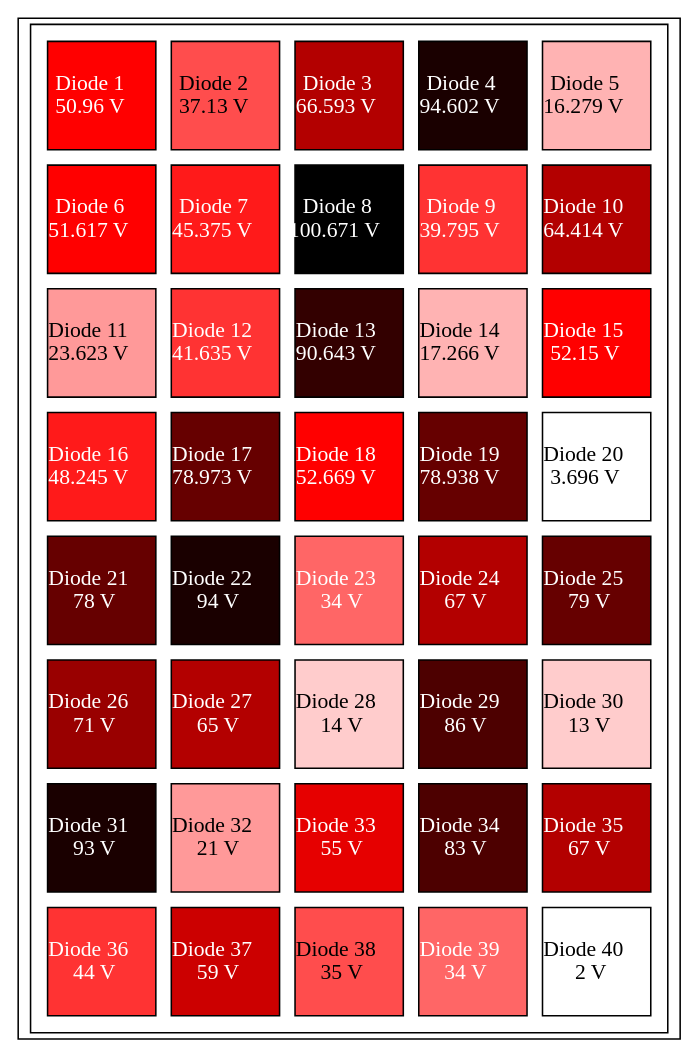
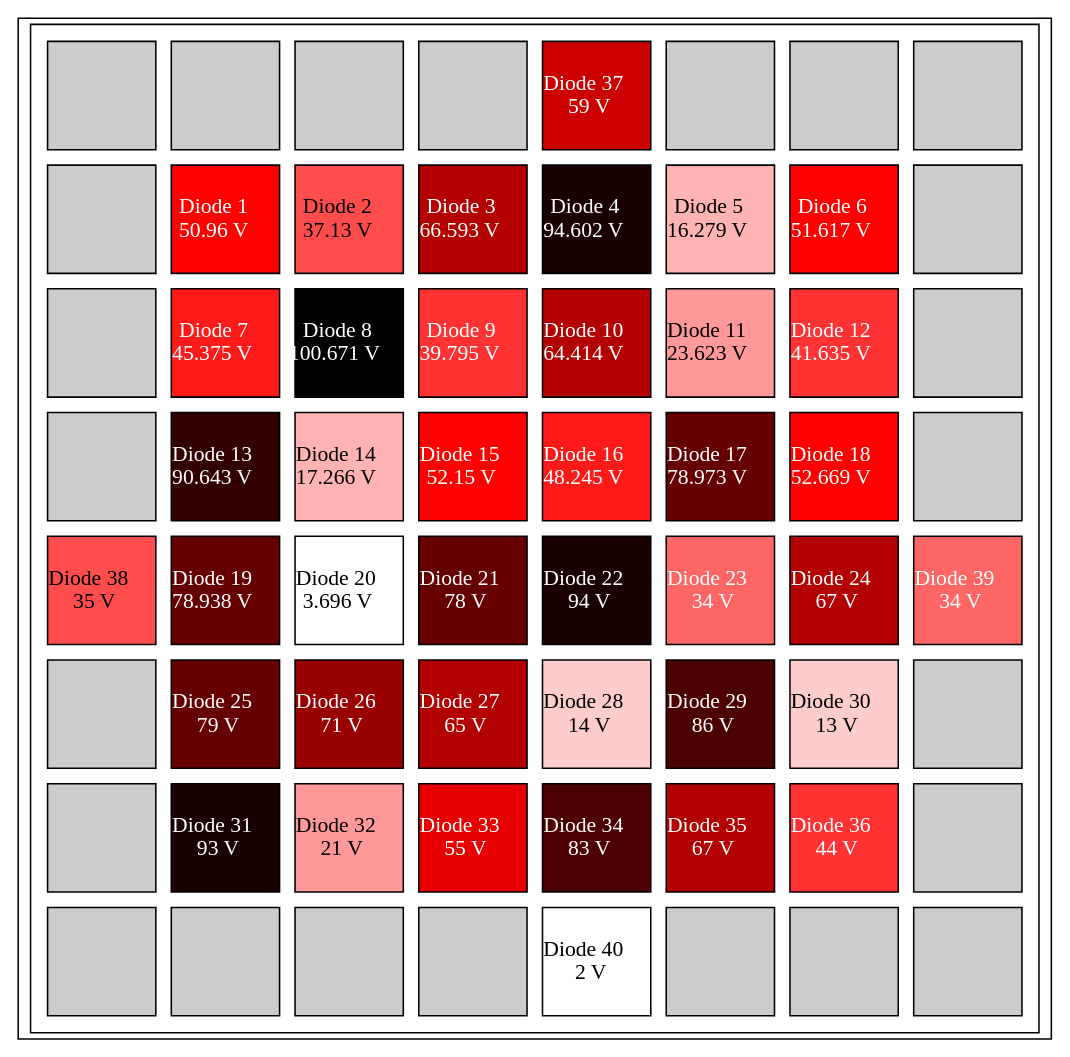
One commit to Karan-Takh/Diode-Dosimetry-Array changed the diagram in array_table.gv. Above: the diagram before and after it, drawn with Graphviz. The commit also changed 2 other files, not shown here.

Commit message:
Reformatted table for more accurate diagram

```diff
--- a/array_table.gv
+++ b/array_table.gv
@@ -1,101 +1,125 @@
 graph array_table {
 	node [shape=rectangle]
 	"Diode Array" [label=<<TABLE cellspacing="10">
     <TR>
+        <TD bgcolor="#cccccc" fixedsize="true" width="70" height="70"></TD>
+        <TD bgcolor="#cccccc" fixedsize="true" width="70" height="70"></TD>
+        <TD bgcolor="#cccccc" fixedsize="true" width="70" height="70"></TD>
+        <TD bgcolor="#cccccc" fixedsize="true" width="70" height="70"></TD>
+        <TD bgcolor="#cc0000" fixedsize="true" width="70"
+        height="70"><FONT COLOR="white">Diode 37 <BR align="center" /> 59 V</FONT></TD>
+        <TD bgcolor="#cccccc" fixedsize="true" width="70" height="70"></TD>
+        <TD bgcolor="#cccccc" fixedsize="true" width="70" height="70"></TD>
+        <TD bgcolor="#cccccc" fixedsize="true" width="70" height="70"></TD>
+    </TR>
+    <TR>
+        <TD bgcolor="#cccccc" fixedsize="true" width="70" height="70"></TD>
         <TD bgcolor="#ff0000" fixedsize="true" width="70"
         height="70"><FONT COLOR="white">Diode 1 <BR align="center" /> 50.96 V</FONT></TD>
         <TD bgcolor="#ff4d4d" fixedsize="true" width="70"
         height="70"><FONT COLOR="black">Diode 2 <BR align="center" /> 37.13 V</FONT></TD>
         <TD bgcolor="#b30000" fixedsize="true" width="70"
         height="70"><FONT COLOR="white">Diode 3 <BR align="center" /> 66.593 V</FONT></TD>
         <TD bgcolor="#1a0000" fixedsize="true" width="70"
         height="70"><FONT COLOR="white">Diode 4 <BR align="center" /> 94.602 V</FONT></TD>
         <TD bgcolor="#ffb3b3" fixedsize="true" width="70"
         height="70"><FONT COLOR="black">Diode 5 <BR align="center" /> 16.279 V</FONT></TD>
+        <TD bgcolor="#ff0000" fixedsize="true" width="70"
+        height="70"><FONT COLOR="white">Diode 6 <BR align="center" /> 51.617 V</FONT></TD>
+        <TD bgcolor="#cccccc" fixedsize="true" width="70" height="70"></TD>
     </TR>
     <TR>
-        <TD bgcolor="#ff0000" fixedsize="true" width="70"
-        height="70"><FONT COLOR="white">Diode 6 <BR align="center" /> 51.617 V</FONT></TD>
+        <TD bgcolor="#cccccc" fixedsize="true" width="70" height="70"></TD>
         <TD bgcolor="#ff1a1a" fixedsize="true" width="70"
         height="70"><FONT COLOR="white">Diode 7 <BR align="center" /> 45.375 V</FONT></TD>
         <TD bgcolor="#000000" fixedsize="true" width="70"
         height="70"><FONT COLOR="white">Diode 8 <BR align="center" /> 100.671 V</FONT></TD>
         <TD bgcolor="#ff3333" fixedsize="true" width="70"
         height="70"><FONT COLOR="white">Diode 9 <BR align="center" /> 39.795 V</FONT></TD>
         <TD bgcolor="#b30000" fixedsize="true" width="70"
         height="70"><FONT COLOR="white">Diode 10 <BR align="center" /> 64.414 V</FONT></TD>
-    </TR>
-    <TR>
         <TD bgcolor="#ff9999" fixedsize="true" width="70"
         height="70"><FONT COLOR="black">Diode 11 <BR align="center" /> 23.623 V</FONT></TD>
         <TD bgcolor="#ff3333" fixedsize="true" width="70"
         height="70"><FONT COLOR="white">Diode 12 <BR align="center" /> 41.635 V</FONT></TD>
+        <TD bgcolor="#cccccc" fixedsize="true" width="70" height="70"></TD>
+    </TR>
+    <TR>
+        <TD bgcolor="#cccccc" fixedsize="true" width="70" height="70"></TD>
         <TD bgcolor="#330000" fixedsize="true" width="70"
         height="70"><FONT COLOR="white">Diode 13 <BR align="center" /> 90.643 V</FONT></TD>
         <TD bgcolor="#ffb3b3" fixedsize="true" width="70"
         height="70"><FONT COLOR="black">Diode 14 <BR align="center" /> 17.266 V</FONT></TD>
         <TD bgcolor="#ff0000" fixedsize="true" width="70"
         height="70"><FONT COLOR="white">Diode 15 <BR align="center" /> 52.15 V</FONT></TD>
-    </TR>
-    <TR>
         <TD bgcolor="#ff1a1a" fixedsize="true" width="70"
         height="70"><FONT COLOR="white">Diode 16 <BR align="center" /> 48.245 V</FONT></TD>
         <TD bgcolor="#660000" fixedsize="true" width="70"
         height="70"><FONT COLOR="white">Diode 17 <BR align="center" /> 78.973 V</FONT></TD>
         <TD bgcolor="#ff0000" fixedsize="true" width="70"
-        height="70"><FONT COLOR="white">Diode 18 <BR align="center" /> 52.669 V</FONT></TD>
+        height="70"><FONT COLOR="white">Diode 18 <BR align="center" /> 52.669 V</FONT></TD>       
+        <TD bgcolor="#cccccc" fixedsize="true" width="70" height="70"></TD> 
+    </TR>
+    <TR>
+        <TD bgcolor="#ff4d4d" fixedsize="true" width="70"
+        height="70"><FONT COLOR="black">Diode 38 <BR align="center" /> 35 V</FONT></TD>
         <TD bgcolor="#660000" fixedsize="true" width="70"
         height="70"><FONT COLOR="white">Diode 19 <BR align="center" /> 78.938 V</FONT></TD>
         <TD bgcolor="#ffffff" fixedsize="true" width="70"
         height="70"><FONT COLOR="black">Diode 20 <BR align="center" /> 3.696 V</FONT></TD>
-    </TR>
-    <TR>
         <TD bgcolor="#660000" fixedsize="true" width="70"
         height="70"><FONT COLOR="white">Diode 21 <BR align="center" /> 78 V</FONT></TD>
         <TD bgcolor="#1a0000" fixedsize="true" width="70"
         height="70"><FONT COLOR="white">Diode 22 <BR align="center" /> 94 V</FONT></TD>
         <TD bgcolor="#ff6666" fixedsize="true" width="70"
         height="70"><FONT COLOR="white">Diode 23 <BR align="center" /> 34 V</FONT></TD>
         <TD bgcolor="#b30000" fixedsize="true" width="70"
         height="70"><FONT COLOR="white">Diode 24 <BR align="center" /> 67 V</FONT></TD>
+        <TD bgcolor="#ff6666" fixedsize="true" width="70"
+        height="70"><FONT COLOR="white">Diode 39 <BR align="center" /> 34 V</FONT></TD>
+    </TR>
+    <TR>
+        <TD bgcolor="#cccccc" fixedsize="true" width="70" height="70"></TD>
         <TD bgcolor="#660000" fixedsize="true" width="70"
         height="70"><FONT COLOR="white">Diode 25 <BR align="center" /> 79 V</FONT></TD>
-    </TR>    
-    <TR>
         <TD bgcolor="#990000" fixedsize="true" width="70"
         height="70"><FONT COLOR="white">Diode 26 <BR align="center" /> 71 V</FONT></TD>
         <TD bgcolor="#b30000" fixedsize="true" width="70"
         height="70"><FONT COLOR="white">Diode 27 <BR align="center" /> 65 V</FONT></TD>
         <TD bgcolor="#ffcccc" fixedsize="true" width="70"
         height="70"><FONT COLOR="black">Diode 28 <BR align="center" /> 14 V</FONT></TD>
         <TD bgcolor="#4d0000" fixedsize="true" width="70"
         height="70"><FONT COLOR="white">Diode 29 <BR align="center" /> 86 V</FONT></TD>
         <TD bgcolor="#ffcccc" fixedsize="true" width="70"
         height="70"><FONT COLOR="black">Diode 30 <BR align="center" /> 13 V</FONT></TD>
-    </TR>    
+        <TD bgcolor="#cccccc" fixedsize="true" width="70" height="70"></TD>
+    </TR>       
     <TR>
+        <TD bgcolor="#cccccc" fixedsize="true" width="70" height="70"></TD>
         <TD bgcolor="#1a0000" fixedsize="true" width="70"
         height="70"><FONT COLOR="white">Diode 31 <BR align="center" /> 93 V</FONT></TD>
         <TD bgcolor="#ff9999" fixedsize="true" width="70"
         height="70"><FONT COLOR="black">Diode 32 <BR align="center" /> 21 V</FONT></TD>
         <TD bgcolor="#e60000" fixedsize="true" width="70"
         height="70"><FONT COLOR="white">Diode 33 <BR align="center" /> 55 V</FONT></TD>
         <TD bgcolor="#4d0000" fixedsize="true" width="70" 
         height="70"><FONT COLOR="white">Diode 34 <BR align="center" /> 83 V</FONT></TD>
         <TD bgcolor="#b30000" fixedsize="true" width="70"
         height="70"><FONT COLOR="white">Diode 35 <BR align="center" /> 67 V</FONT></TD>
+        <TD bgcolor="#ff3333" fixedsize="true" width="70"
+        height="70"><FONT COLOR="white">Diode 36 <BR align="center" /> 44 V</FONT></TD>
+        <TD bgcolor="#cccccc" fixedsize="true" width="70" height="70"></TD>
     </TR>   
     <TR>
-        <TD bgcolor="#ff3333" fixedsize="true" width="70"
-        height="70"><FONT COLOR="white">Diode 36 <BR align="center" /> 44 V</FONT></TD>
-        <TD bgcolor="#cc0000" fixedsize="true" width="70"
-        height="70"><FONT COLOR="white">Diode 37 <BR align="center" /> 59 V</FONT></TD>
-        <TD bgcolor="#ff4d4d" fixedsize="true" width="70"
-        height="70"><FONT COLOR="black">Diode 38 <BR align="center" /> 35 V</FONT></TD>
-        <TD bgcolor="#ff6666" fixedsize="true" width="70"
-        height="70"><FONT COLOR="white">Diode 39 <BR align="center" /> 34 V</FONT></TD>
+        <TD bgcolor="#cccccc" fixedsize="true" width="70" height="70"></TD>
+        <TD bgcolor="#cccccc" fixedsize="true" width="70" height="70"></TD>
+        <TD bgcolor="#cccccc" fixedsize="true" width="70" height="70"></TD>
+        <TD bgcolor="#cccccc" fixedsize="true" width="70" height="70"></TD>
         <TD bgcolor="#ffffff" fixedsize="true" width="70"
         height="70"><FONT COLOR="black">Diode 40 <BR align="center" /> 2 V</FONT></TD>
-    </TR> 
+        <TD bgcolor="#cccccc" fixedsize="true" width="70" height="70"></TD>
+        <TD bgcolor="#cccccc" fixedsize="true" width="70" height="70"></TD>
+        <TD bgcolor="#cccccc" fixedsize="true" width="70" height="70"></TD>
+    </TR>
 </TABLE>>]
 }
```
